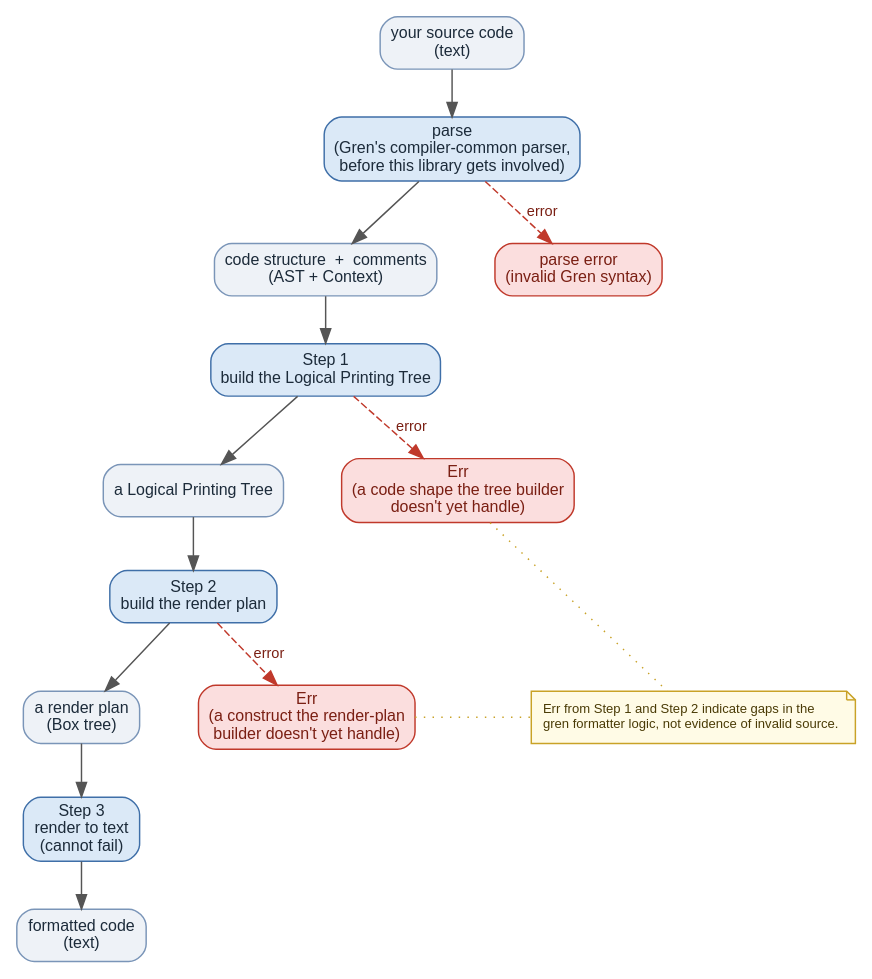
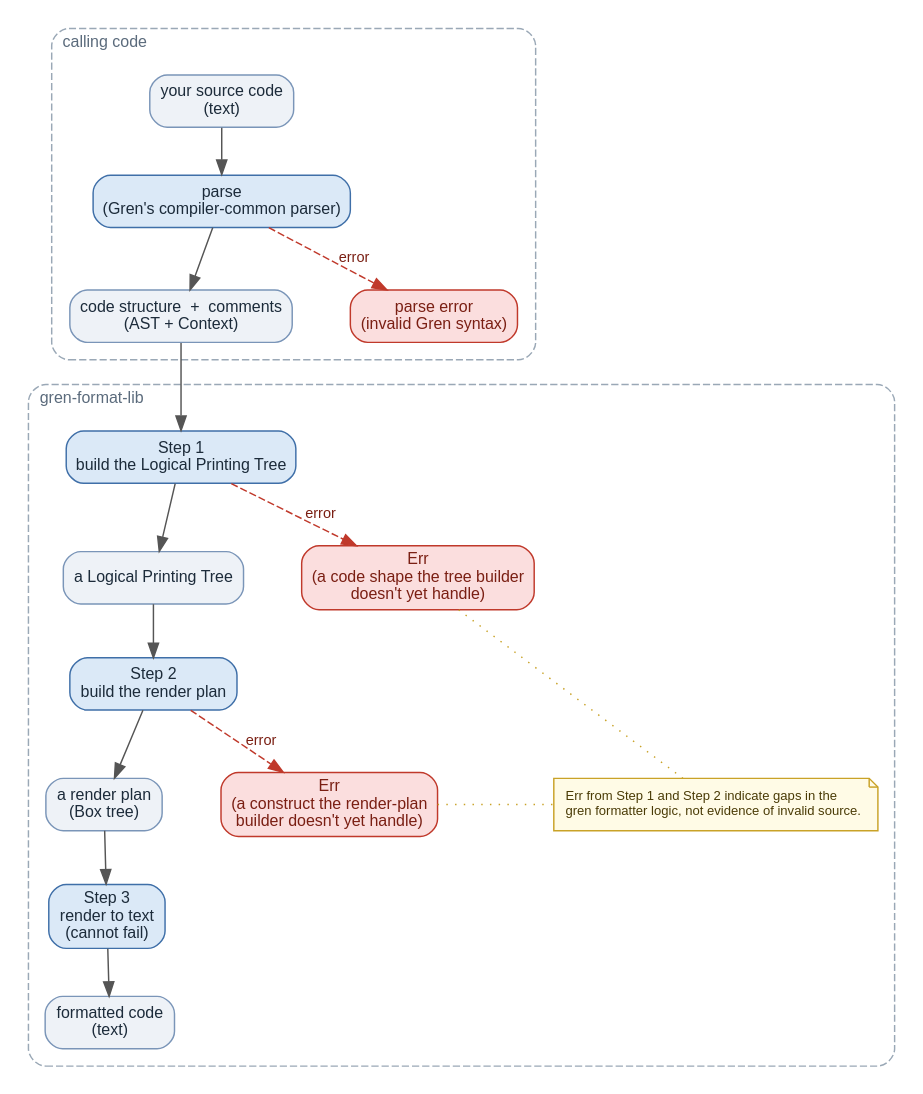
Before and after one commit to gilramir/gren-format-lib: the diagram in docs/diagrams/formatter-pipeline.dot, drawn with Graphviz. The commit also changed 2 other files, not shown here.

Commit message:
README: show how to call the formatter, and list every doc
Three things, all documentation:

- The Overview now opens with a calling example: the prettyPrint
  signature, and a complete module that parses with PM.parser +
  Parser.getPayload and hands both halves to Formatter.prettyPrint —
  what gren-format itself does, minus the file I/O. The example was
  compiled against this package and is itself gren-format clean.

- The doc list at the top covered 5 of the 16 files in docs/. It now
  covers all of them, grouped into what the formatter does to your
  code / how it works inside / how it's tested, and has moved to its
  own "Deep dive" section at the end so the README opens with the
  intro, the TOC, and the Overview.

- The pipeline diagram had no boundary between the caller and this
  library. Two dashed regions now divide it between "code structure +
  comments" and "Step 1", labelled "calling code" and
  "gren-format-lib", each enclosing the errors that side owns. The
  parse node drops "before this library gets involved" — the boundary
  says it now.

Claude-Session: https://claude.ai/code/session_0193w3foKkugdue9dNZLzxRR

```diff
--- a/docs/diagrams/formatter-pipeline.dot
+++ b/docs/diagrams/formatter-pipeline.dot
@@ -1,58 +1,84 @@
 digraph FormatterPipeline {
     rankdir=TB;
     bgcolor="white";
     fontname="Helvetica,Arial,sans-serif";
     fontsize=12;
     ranksep=0.45;
     nodesep=0.55;
+    compound=true;
 
     node [fontname="Helvetica,Arial,sans-serif", fontsize=11];
     edge [fontname="Helvetica,Arial,sans-serif", fontsize=10, color="#555555"];
 
-    // Data nodes
-    node [shape=box, style="rounded,filled", fillcolor="#eef2f7", color="#7a95b8", fontcolor="#1c2b3a"];
-    source     [label="your source code\n(text)"];
-    astCtx     [label="code structure  +  comments\n(AST + Context)"];
-    lpt        [label="a Logical Printing Tree"];
-    renderPlan [label="a render plan\n(Box tree)"];
-    formatted  [label="formatted code\n(text)"];
+    // ---- What the calling code does before prettyPrint -------------------
+    subgraph cluster_caller {
+        label="calling code";
+        labeljust=l;
+        fontsize=11;
+        fontcolor="#5b6b7c";
+        style="dashed,rounded";
+        color="#9aa8b6";
+        margin=12;
 
-    // Process nodes
-    node [shape=box, style="rounded,filled", fillcolor="#dbe9f7", color="#3f6fa8", fontcolor="#1c2b3a"];
-    parse [label="parse\n(Gren's compiler-common parser,\nbefore this library gets involved)"];
-    step1 [label="Step 1\nbuild the Logical Printing Tree"];
-    step2 [label="Step 2\nbuild the render plan"];
-    step3 [label="Step 3\nrender to text\n(cannot fail)"];
+        node [shape=box, style="rounded,filled", fillcolor="#eef2f7", color="#7a95b8", fontcolor="#1c2b3a"];
+        source [label="your source code\n(text)"];
+        astCtx [label="code structure  +  comments\n(AST + Context)"];
 
-    // Error / failure nodes
-    node [shape=box, style="rounded,filled", fillcolor="#fbdede", color="#c0392b", fontcolor="#7a1f13"];
-    parseFail [label="parse error\n(invalid Gren syntax)"];
-    step1Fail [label="Err\n(a code shape the tree builder\ndoesn't yet handle)"];
-    step2Fail [label="Err\n(a construct the render-plan\nbuilder doesn't yet handle)"];
+        node [shape=box, style="rounded,filled", fillcolor="#dbe9f7", color="#3f6fa8", fontcolor="#1c2b3a"];
+        parse [label="parse\n(Gren's compiler-common parser)"];
 
-    // Explanatory note
-    node [shape=note, style=filled, fillcolor="#fffbe6", color="#c9a227", fontcolor="#4a3b06", fontsize=9];
-    errNote [label="Err from Step 1 and Step 2 indicate gaps in the\lgren formatter logic, not evidence of invalid source.\l"];
+        node [shape=box, style="rounded,filled", fillcolor="#fbdede", color="#c0392b", fontcolor="#7a1f13"];
+        parseFail [label="parse error\n(invalid Gren syntax)"];
+
+        { rank=same; astCtx; parseFail }
+    }
+
+    // ---- What this library does (Formatter.prettyPrint) ------------------
+    subgraph cluster_lib {
+        label="gren-format-lib";
+        labeljust=l;
+        fontsize=11;
+        fontcolor="#5b6b7c";
+        style="dashed,rounded";
+        color="#9aa8b6";
+        margin=12;
+
+        node [shape=box, style="rounded,filled", fillcolor="#eef2f7", color="#7a95b8", fontcolor="#1c2b3a"];
+        lpt        [label="a Logical Printing Tree"];
+        renderPlan [label="a render plan\n(Box tree)"];
+        formatted  [label="formatted code\n(text)"];
+
+        node [shape=box, style="rounded,filled", fillcolor="#dbe9f7", color="#3f6fa8", fontcolor="#1c2b3a"];
+        step1 [label="Step 1\nbuild the Logical Printing Tree"];
+        step2 [label="Step 2\nbuild the render plan"];
+        step3 [label="Step 3\nrender to text\n(cannot fail)"];
+
+        node [shape=box, style="rounded,filled", fillcolor="#fbdede", color="#c0392b", fontcolor="#7a1f13"];
+        step1Fail [label="Err\n(a code shape the tree builder\ndoesn't yet handle)"];
+        step2Fail [label="Err\n(a construct the render-plan\nbuilder doesn't yet handle)"];
+
+        node [shape=note, style=filled, fillcolor="#fffbe6", color="#c9a227", fontcolor="#4a3b06", fontsize=9];
+        errNote [label="Err from Step 1 and Step 2 indicate gaps in the\lgren formatter logic, not evidence of invalid source.\l"];
+
+        { rank=same; lpt; step1Fail }
+        { rank=same; renderPlan; step2Fail; errNote }
+    }
 
     // Main flow
     source -> parse;
     parse  -> astCtx;
     astCtx -> step1;
     step1  -> lpt;
     lpt    -> step2;
     step2  -> renderPlan;
     renderPlan -> step3;
     step3  -> formatted;
 
     // Error branches
     parse -> parseFail [style=dashed, color="#c0392b", fontcolor="#7a1f13", label="error"];
     step1 -> step1Fail [style=dashed, color="#c0392b", fontcolor="#7a1f13", label="error"];
     step2 -> step2Fail [style=dashed, color="#c0392b", fontcolor="#7a1f13", label="error"];
 
     step1Fail -> errNote [style=dotted, arrowhead=none, color="#c9a227", constraint=false];
     step2Fail -> errNote [style=dotted, arrowhead=none, color="#c9a227", constraint=false];
-
-    { rank=same; astCtx; parseFail }
-    { rank=same; lpt; step1Fail }
-    { rank=same; renderPlan; step2Fail; errNote }
 }
```
